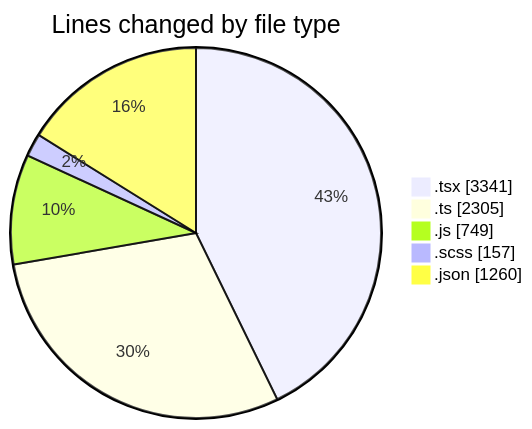
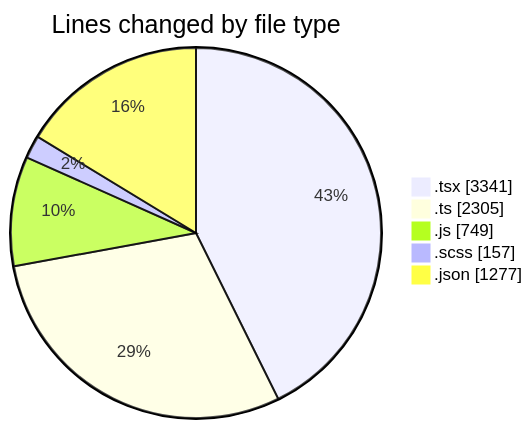
The first of 2 diagrams in 2026-06-15/cda/README.md (momahboobian/code-tracking), drawn with Mermaid before and after one commit. The commit also changed other lines of this file and 1 other file, not shown here.

````diff
--- a/2026-06-15/cda/README.md
+++ b/2026-06-15/cda/README.md
@@ -64,9 +65,9 @@
 ```mermaid
 pie showData
 title Lines changed by file type
 ".tsx" : 3341
 ".ts" : 2305
 ".js" : 749
 ".scss" : 157
-".json" : 1260
+".json" : 1277
 ```
````
